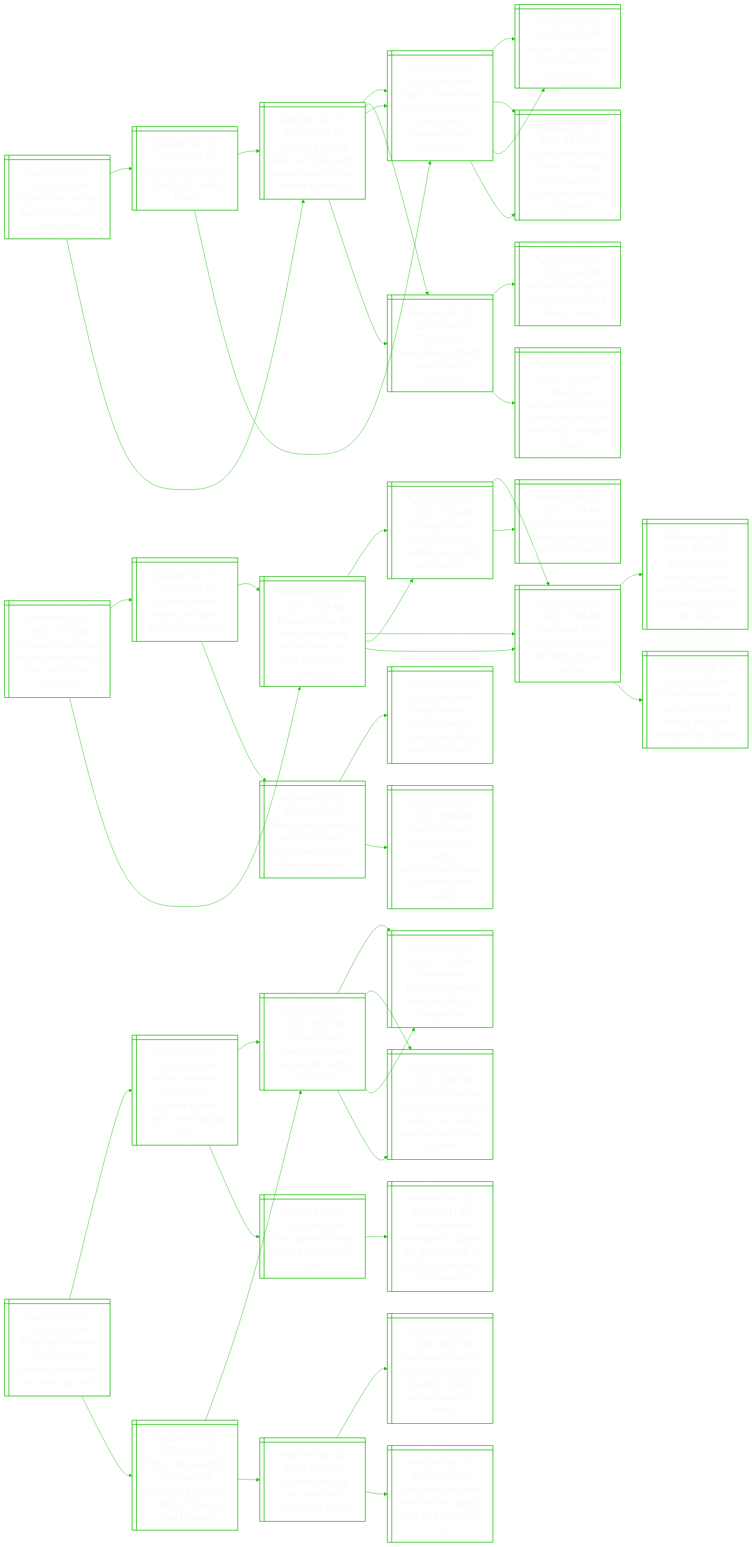
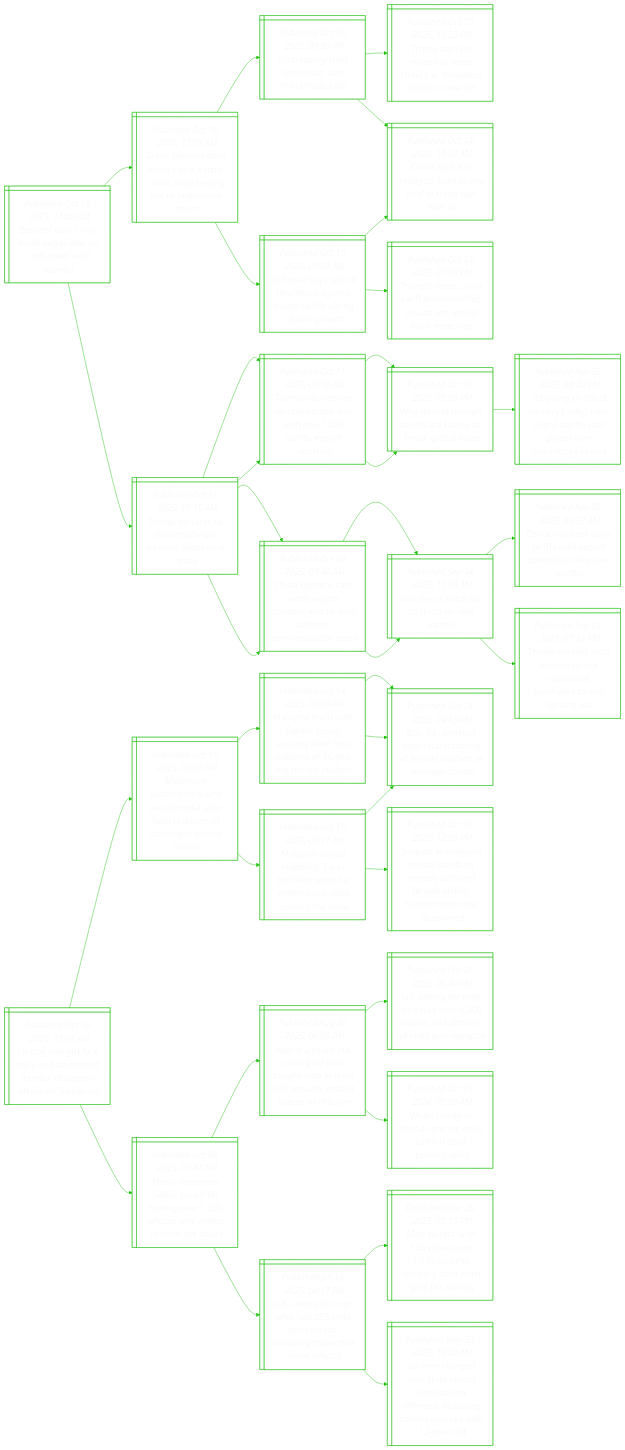
Before and after one commit to notJmes/notJmes: the diagram in README.md, drawn with Mermaid. The commit also changed other lines of this file, not shown here.

````diff
--- a/README.md
+++ b/README.md
@@ -16,139 +16,115 @@
 flowchart LR
 classDef txtsize font-size:20px;
 
-Dsliyeiao@{ shape: win-pane, label: "_Published Oct 16, 2025, 07:25 AM_
-Dozens still missing days after mexico’s mass flood" }
-AsdiMod@{ shape: win-pane, label: "_Published Oct 14, 2025, 07:05 AM_
-At least 64 dead, 65 missing in mexico floods" }
-Asdrelsphpex@{ shape: win-pane, label: "_Published Oct 13, 2025, 07:29 AM_
-At least 47 dead after torrential rains sweep away homes, people in mexico" }
-Ssrsotnrseprsc@{ shape: win-pane, label: "_Published Oct 13, 2025, 06:18 AM_
-Spain suffers fresh floods as torrential rains strike, trapping drivers amid ‘chaos’" }
-Tavtfspik@{ shape: win-pane, label: "_Published Oct 10, 2025, 09:41 PM_
-Thousands evacuated as floods swamp hanoi outskirts" }
-Ssrsotnrseprsc@{ shape: win-pane, label: "_Published Oct 13, 2025, 06:18 AM_
-Spain suffers fresh floods as torrential rains strike, trapping drivers amid ‘chaos’" }
-Ericrerys@{ shape: win-pane, label: "_Published Oct 09, 2025, 08:25 PM_
-Eastern spain placed on red alert for heavy rains" }
-Sdrswntwfktosi@{ shape: win-pane, label: "_Published Nov 14, 2024, 08:55 PM_
-Spain downgrades storm warnings after towns left soaked but without casualties" }
-Asdrelsphpex@{ shape: win-pane, label: "_Published Oct 13, 2025, 07:29 AM_
-At least 47 dead after torrential rains sweep away homes, people in mexico" }
-Ssrsotnrseprsc@{ shape: win-pane, label: "_Published Oct 13, 2025, 06:18 AM_
-Spain suffers fresh floods as torrential rains strike, trapping drivers amid ‘chaos’" }
-Ericrerys@{ shape: win-pane, label: "_Published Oct 09, 2025, 08:25 PM_
-Eastern spain placed on red alert for heavy rains" }
-Sdrswntwfktosi@{ shape: win-pane, label: "_Published Nov 14, 2024, 08:55 PM_
-Spain downgrades storm warnings after towns left soaked but without casualties" }
-Tavtfspik@{ shape: win-pane, label: "_Published Oct 10, 2025, 09:41 PM_
-Thousands evacuated as floods swamp hanoi outskirts" }
-Rddieciiit@{ shape: win-pane, label: "_Published Oct 08, 2025, 03:34 PM_
-Record flooding hits vietnam city, eight killed in north" }
-Feilnmoaibirry@{ shape: win-pane, label: "_Published Oct 10, 2025, 12:00 PM_
-Fuelled by air pollution, storms in south-east asia are becoming stronger: study" }
+Bnlndoonefi@{ shape: win-pane, label: "_Published Oct 16, 2025, 11:40 AM_
+Bessent calls china trade negotiator an ‘unhinged’ wolf warrior" }
+GBnsnrtrgjomee@{ shape: win-pane, label: "_Published Oct 16, 2025, 12:05 AM_
+Greer, bessent blast china’s rare earths curbs, urge beijing not to implement them" }
+Uacoiohra@{ shape: win-pane, label: "_Published Oct 15, 2025, 08:50 PM_
+Us treasury chief ‘optimistic’ over china trade talks" }
+Tsooeiiatfet@{ shape: win-pane, label: "_Published Oct 10, 2025, 11:23 PM_
+Trump says no reason to meet china's xi, threatens tariffs in new rift" }
+Cstaftetwt@{ shape: win-pane, label: "_Published Oct 14, 2025, 10:02 AM_
+China says it is ready to ‘fight to the end’ in trade war with us" }
+Iiykttgtpfdlgh@{ shape: win-pane, label: "_Published Oct 15, 2025, 08:00 AM_
+Imf chief says lack of retaliation against trump tariffs aiding global growth" }
+Tssniincsoaes@{ shape: win-pane, label: "_Published Oct 13, 2025, 01:19 PM_
+Trump’s latest china tariff brinkmanship clouds imf, world bank meetings" }
+Cstaftetwt@{ shape: win-pane, label: "_Published Oct 14, 2025, 10:02 AM_
+China says it is ready to ‘fight to the end’ in trade war with us" }
+TdrCtwsfst@{ shape: win-pane, label: "_Published Oct 16, 2025, 10:15 AM_
+Trump declares us-china trade war, bessent floats long truce" }
+TreUndweixco@{ shape: win-pane, label: "_Published Oct 11, 2025, 05:16 AM_
+Trump ratchets up us-china trade war with new 100% tariffs, export controls" }
+Wnrtffnrlt@{ shape: win-pane, label: "_Published Oct 09, 2025, 05:00 PM_
+Why donald trump’s tariffs are failing to break global trade" }
+Ctertonsasnmdrs@{ shape: win-pane, label: "_Published Oct 09, 2025, 09:46 AM_
+China tightens rare earth export controls and targets defence, semiconductor users" }
+Whapira@{ shape: win-pane, label: "_Published Sep 14, 2025, 11:05 AM_
+Will the us catch up to china on rare earths?" }
 
-Dsliyeiao:::txtsize --> AsdiMod:::txtsize
-AsdiMod:::txtsize --> Asdrelsphpex:::txtsize
-Asdrelsphpex:::txtsize --> Ssrsotnrseprsc:::txtsize
-Asdrelsphpex:::txtsize --> Tavtfspik:::txtsize
-AsdiMod:::txtsize --> Ssrsotnrseprsc:::txtsize
-Ssrsotnrseprsc:::txtsize --> Ericrerys:::txtsize
-Ssrsotnrseprsc:::txtsize --> Sdrswntwfktosi:::txtsize
-Dsliyeiao:::txtsize --> Asdrelsphpex:::txtsize
-Asdrelsphpex:::txtsize --> Ssrsotnrseprsc:::txtsize
-Ssrsotnrseprsc:::txtsize --> Ericrerys:::txtsize
-Ssrsotnrseprsc:::txtsize --> Sdrswntwfktosi:::txtsize
-Asdrelsphpex:::txtsize --> Tavtfspik:::txtsize
-Tavtfspik:::txtsize --> Rddieciiit:::txtsize
-Tavtfspik:::txtsize --> Feilnmoaibirry:::txtsize
+Bnlndoonefi:::txtsize --> GBnsnrtrgjomee:::txtsize
+GBnsnrtrgjomee:::txtsize --> Uacoiohra:::txtsize
+Uacoiohra:::txtsize --> Tsooeiiatfet:::txtsize
+Uacoiohra:::txtsize --> Cstaftetwt:::txtsize
+GBnsnrtrgjomee:::txtsize --> Iiykttgtpfdlgh:::txtsize
+Iiykttgtpfdlgh:::txtsize --> Tssniincsoaes:::txtsize
+Iiykttgtpfdlgh:::txtsize --> Cstaftetwt:::txtsize
+Bnlndoonefi:::txtsize --> TdrCtwsfst:::txtsize
+TdrCtwsfst:::txtsize --> TreUndweixco:::txtsize
+TreUndweixco:::txtsize --> Wnrtffnrlt:::txtsize
+TdrCtwsfst:::txtsize --> Ctertonsasnmdrs:::txtsize
+Ctertonsasnmdrs:::txtsize --> Whapira:::txtsize
 
-Pguiawpsecset@{ shape: win-pane, label: "_Published Oct 16, 2025, 07:15 AM_
-Pentagon journalists vacate workspace as new restrictions take effect" }
-Usejeosel@{ shape: win-pane, label: "_Published Oct 15, 2025, 04:56 AM_
-Us news outlets reject pentagon press access policy" }
-Tcroeeetnalrs@{ shape: win-pane, label: "_Published Jun 07, 2025, 07:28 AM_
-Trump can bar ap from some white house events for now, us appeals court says" }
-Ugeiurroese@{ shape: win-pane, label: "_Published Apr 09, 2025, 07:35 AM_
-Us judge orders white house to restore associated press access" }
-AiPaoooltse@{ shape: win-pane, label: "_Published Mar 05, 2025, 10:40 AM_
-Associated press asks court to restore full white house access" }
-NyeiiAclsdrda@{ shape: win-pane, label: "_Published Jun 05, 2025, 08:47 AM_
-Nearly all remaining voice of america employees could be fired under plan" }
-Tfeumotlgee@{ shape: win-pane, label: "_Published Mar 16, 2025, 08:10 AM_
-Trump freezes us-funded media outlets including voice of america" }
-Vormeepnaohrwl@{ shape: win-pane, label: "_Published Mar 22, 2025, 09:45 AM_
-Voice of america employees sue trump administration over shuttered news outlets" }
-Tcroeeetnalrs@{ shape: win-pane, label: "_Published Jun 07, 2025, 07:28 AM_
-Trump can bar ap from some white house events for now, us appeals court says" }
-Ugeiurroese@{ shape: win-pane, label: "_Published Apr 09, 2025, 07:35 AM_
-Us judge orders white house to restore associated press access" }
-AiPaoooltse@{ shape: win-pane, label: "_Published Mar 05, 2025, 10:40 AM_
-Associated press asks court to restore full white house access" }
-ThuSayrata@{ shape: win-pane, label: "_Published Feb 21, 2025, 11:33 AM_
-Trump hits out at us news agency ap as ‘radical left’ media" }
-AiPaoooltse@{ shape: win-pane, label: "_Published Mar 05, 2025, 10:40 AM_
-Associated press asks court to restore full white house access" }
-Acwidnrltettd@{ shape: win-pane, label: "_Published Feb 21, 2025, 06:00 PM_
-America’s new enemies under donald trump: allies, the deep state and the media" }
-Tttousehamos@{ shape: win-pane, label: "_Published Feb 26, 2025, 09:59 PM_
-Trump threatens to sue authors and media who use anonymous sources" }
+Uareatedaiayl@{ shape: win-pane, label: "_Published Oct 16, 2025, 10:25 AM_
+Us boy and girl face rape and attempted murder charges in attack on 5-year-old" }
+Msuibslarlbfolki@{ shape: win-pane, label: "_Published Oct 15, 2025, 03:30 PM_
+Malaysian authorities blame social media after fatal stabbing of schoolgirl shocks nation" }
+Mslehcsittagafee@{ shape: win-pane, label: "_Published Oct 14, 2025, 09:00 PM_
+Malaysia mulls over tighter school security after fatal stabbing of 16-year-old female student" }
+BrdfsifeeSgh@{ shape: win-pane, label: "_Published Oct 14, 2025, 04:45 PM_
+Boy, 14, arrested over fatal stabbing of female student at selangor school" }
+BrdfsifeeSgh@{ shape: win-pane, label: "_Published Oct 14, 2025, 04:45 PM_
+Boy, 14, arrested over fatal stabbing of female student at selangor school" }
+Mshtnsiwerrsiee@{ shape: win-pane, label: "_Published Oct 15, 2025, 01:17 PM_
+Malaysia school stabbing: ‘i was terrified when he entered our class holding the knife’" }
+BrdfsifeeSgh@{ shape: win-pane, label: "_Published Oct 14, 2025, 04:45 PM_
+Boy, 14, arrested over fatal stabbing of female student at selangor school" }
+Scaioageddltntosr@{ shape: win-pane, label: "_Published Oct 15, 2025, 12:00 PM_
+Suspect in malaysia school stabbing secretly admired female victim, handwritten note discovered" }
+Mcsiaoietdohes@{ shape: win-pane, label: "_Published Oct 08, 2025, 01:47 PM_
+Music composer jailed, caned for having over 1,200 photos and videos of child sex abuse" }
+Nyscgagteellvsin@{ shape: win-pane, label: "_Published Aug 20, 2025, 06:20 PM_
+Nearly 2 years’ jail, caning for man caught with at least 100 sexually explicit videos of children" }
+Jafnarotolnp@{ shape: win-pane, label: "_Published Feb 21, 2025, 06:40 PM_
+Jail, caning for man who had over 3,300 videos, 943 pictures of child pornography" }
+Waoeroecpgy@{ shape: win-pane, label: "_Published Oct 13, 2024, 05:00 AM_
+When family or friends are the ones behind child pornography" }
+Jafnalnolgesns@{ shape: win-pane, label: "_Published Jul 14, 2025, 04:17 PM_
+Jail, caning for man who had 285 child porn videos, including those that show infants" }
+Muidntsnlnja@{ shape: win-pane, label: "_Published Mar 25, 2025, 05:15 PM_
+Man caught with 140 videos and 1,770 pictures showing child porn gets jail, caning" }
+Sngelupaoccnmawed@{ shape: win-pane, label: "_Published May 23, 2025, 10:40 AM_
+Six men charged over child sexual exploitation offences, including commercial sex with 12-year-old" }
 
-Pguiawpsecset:::txtsize --> Usejeosel:::txtsize
-Usejeosel:::txtsize --> Tcroeeetnalrs:::txtsize
-Tcroeeetnalrs:::txtsize --> Ugeiurroese:::txtsize
-Tcroeeetnalrs:::txtsize --> AiPaoooltse:::txtsize
-Usejeosel:::txtsize --> NyeiiAclsdrda:::txtsize
-NyeiiAclsdrda:::txtsize --> Tfeumotlgee:::txtsize
-NyeiiAclsdrda:::txtsize --> Vormeepnaohrwl:::txtsize
-Pguiawpsecset:::txtsize --> Tcroeeetnalrs:::txtsize
-Tcroeeetnalrs:::txtsize --> Ugeiurroese:::txtsize
-Ugeiurroese:::txtsize --> AiPaoooltse:::txtsize
-Ugeiurroese:::txtsize --> ThuSayrata:::txtsize
-Tcroeeetnalrs:::txtsize --> AiPaoooltse:::txtsize
-AiPaoooltse:::txtsize --> Acwidnrltettd:::txtsize
-AiPaoooltse:::txtsize --> Tttousehamos:::txtsize
+Uareatedaiayl:::txtsize --> Msuibslarlbfolki:::txtsize
+Msuibslarlbfolki:::txtsize --> Mslehcsittagafee:::txtsize
+Mslehcsittagafee:::txtsize --> BrdfsifeeSgh:::txtsize
+Mslehcsittagafee:::txtsize --> BrdfsifeeSgh:::txtsize
+Msuibslarlbfolki:::txtsize --> Mshtnsiwerrsiee:::txtsize
+Mshtnsiwerrsiee:::txtsize --> BrdfsifeeSgh:::txtsize
+Mshtnsiwerrsiee:::txtsize --> Scaioageddltntosr:::txtsize
+Uareatedaiayl:::txtsize --> Mcsiaoietdohes:::txtsize
+Mcsiaoietdohes:::txtsize --> Nyscgagteellvsin:::txtsize
+Nyscgagteellvsin:::txtsize --> Jafnarotolnp:::txtsize
+Nyscgagteellvsin:::txtsize --> Waoeroecpgy:::txtsize
+Mcsiaoietdohes:::txtsize --> Jafnalnolgesns:::txtsize
+Jafnalnolgesns:::txtsize --> Muidntsnlnja:::txtsize
+Jafnalnolgesns:::txtsize --> Sngelupaoccnmawed:::txtsize
 
-Bstriktsminc@{ shape: win-pane, label: "_Published Oct 16, 2025, 07:15 AM_
-British pm starmer publishes key witness statements in china spy case" }
-BsisiPrCpysg@{ shape: win-pane, label: "_Published Oct 13, 2025, 06:42 AM_
-British ministers criticise pm starmer’s china policy amid spying row" }
-Upenocdyon@{ shape: win-pane, label: "_Published Sep 15, 2025, 06:20 PM_
-Uk drops case against two men accused of spying for china" }
-Clderdoials@{ shape: win-pane, label: "_Published Aug 26, 2025, 11:37 AM_
-China-linked hackers targeted diplomats in asia, google says" }
-Cffgpidhtrortyl@{ shape: win-pane, label: "_Published Jul 10, 2025, 02:45 PM_
-China foils foreign spy plots including a ‘honey trap’, urges govt workers to stay vigilant" }
-Hnruosd@{ shape: win-pane, label: "_Published Oct 09, 2025, 09:32 AM_
-How donald trump pulled off his gaza deal" }
-Tseaupoabmrnluo@{ shape: win-pane, label: "_Published Sep 30, 2025, 12:11 AM_
-Trump secures netanyahu’s support for gaza deal, but hamas’ agreement still in question" }
-Bssoydeiseiiylu@{ shape: win-pane, label: "_Published Oct 08, 2025, 03:47 AM_
-British prosecutors say they did ‘everything possible’ to bring china spy trial to court" }
-Upenocdyon@{ shape: win-pane, label: "_Published Sep 15, 2025, 06:20 PM_
-Uk drops case against two men accused of spying for china" }
-Clderdoials@{ shape: win-pane, label: "_Published Aug 26, 2025, 11:37 AM_
-China-linked hackers targeted diplomats in asia, google says" }
-Cffgpidhtrortyl@{ shape: win-pane, label: "_Published Jul 10, 2025, 02:45 PM_
-China foils foreign spy plots including a ‘honey trap’, urges govt workers to stay vigilant" }
-Uiawwpfi@{ shape: win-pane, label: "_Published Apr 22, 2024, 10:10 PM_
-Uk police charge two men with spying for china" }
-Gneutsglirhgon@{ shape: win-pane, label: "_Published Apr 22, 2024, 04:31 PM_
-Germany arrests 3 suspected of spying, stealing military technologies for china" }
-CiaacfyadeU@{ shape: win-pane, label: "_Published Apr 15, 2024, 06:37 PM_
-China indicates man executed for spying had sold secrets to us" }
+TdrCtwsfst@{ shape: win-pane, label: "_Published Oct 16, 2025, 10:15 AM_
+Trump declares us-china trade war, bessent floats long truce" }
+TreUndweixco@{ shape: win-pane, label: "_Published Oct 11, 2025, 05:16 AM_
+Trump ratchets up us-china trade war with new 100% tariffs, export controls" }
+Wnrtffnrlt@{ shape: win-pane, label: "_Published Oct 09, 2025, 05:00 PM_
+Why donald trump’s tariffs are failing to break global trade" }
+IiatrlTtftmbeia@{ shape: win-pane, label: "_Published Apr 05, 2025, 08:40 PM_
+‘it’s going to affect us very badly’: new trump tariffs cast gloom over businesses in asia" }
+Ctertonsasnmdrs@{ shape: win-pane, label: "_Published Oct 09, 2025, 09:46 AM_
+China tightens rare earth export controls and targets defence, semiconductor users" }
+Whapira@{ shape: win-pane, label: "_Published Sep 14, 2025, 11:05 AM_
+Will the us catch up to china on rare earths?" }
+ChaUiipoleeh@{ shape: win-pane, label: "_Published Apr 05, 2025, 03:53 AM_
+China hits back at us tariffs with export controls on key rare earths" }
+Tpeoohunuserw@{ shape: win-pane, label: "_Published Sep 13, 2025, 07:45 PM_
+Trump presses nato nations to halt russian oil purchases to end ukraine war" }
 
-Bstriktsminc:::txtsize --> BsisiPrCpysg:::txtsize
-BsisiPrCpysg:::txtsize --> Upenocdyon:::txtsize
-Upenocdyon:::txtsize --> Clderdoials:::txtsize
-Upenocdyon:::txtsize --> Cffgpidhtrortyl:::txtsize
-BsisiPrCpysg:::txtsize --> Hnruosd:::txtsize
-Hnruosd:::txtsize --> Tseaupoabmrnluo:::txtsize
-Bstriktsminc:::txtsize --> Bssoydeiseiiylu:::txtsize
-Bssoydeiseiiylu:::txtsize --> Upenocdyon:::txtsize
-Upenocdyon:::txtsize --> Clderdoials:::txtsize
-Upenocdyon:::txtsize --> Cffgpidhtrortyl:::txtsize
-Bssoydeiseiiylu:::txtsize --> Uiawwpfi:::txtsize
-Uiawwpfi:::txtsize --> Gneutsglirhgon:::txtsize
-Uiawwpfi:::txtsize --> CiaacfyadeU:::txtsize
+TdrCtwsfst:::txtsize --> TreUndweixco:::txtsize
+TreUndweixco:::txtsize --> Wnrtffnrlt:::txtsize
+Wnrtffnrlt:::txtsize --> IiatrlTtftmbeia:::txtsize
+TdrCtwsfst:::txtsize --> Ctertonsasnmdrs:::txtsize
+Ctertonsasnmdrs:::txtsize --> Whapira:::txtsize
+Whapira:::txtsize --> ChaUiipoleeh:::txtsize
+Whapira:::txtsize --> Tpeoohunuserw:::txtsize
 
 ```
````
